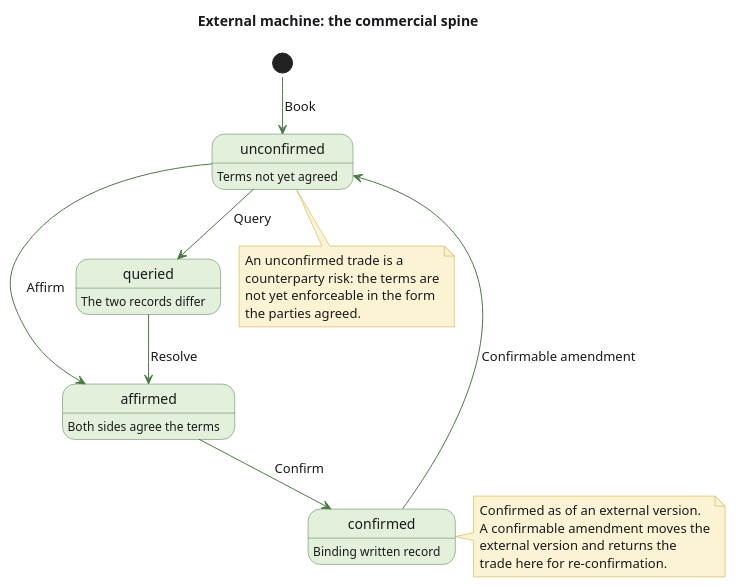
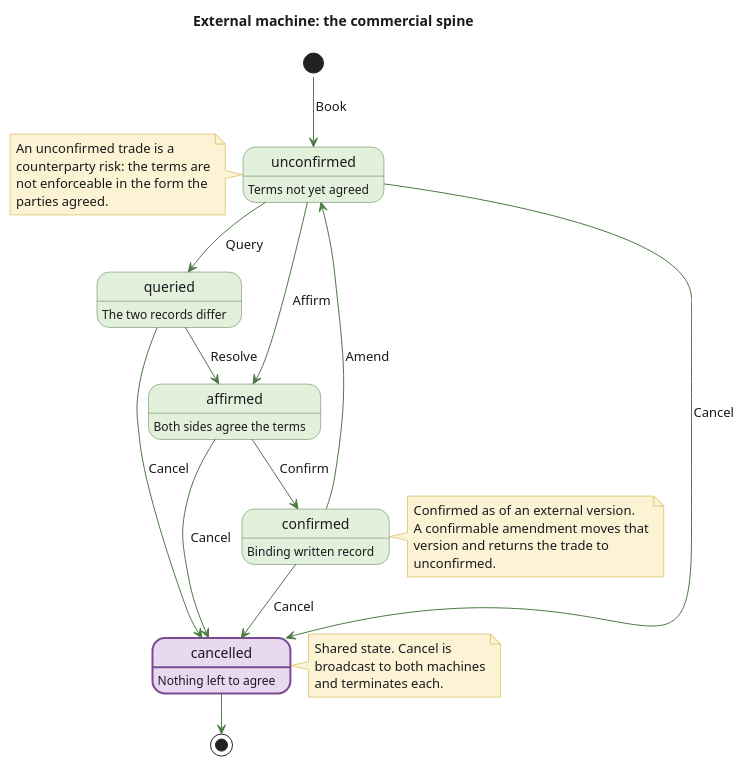
The diagram in doc/knowledge/domain/trade_lifecycle_external.puml (OreStudio/OreStudio), drawn with PlantUML before and after one commit. The commit also changed 5 other files, not shown here.

```diff
--- a/doc/knowledge/domain/trade_lifecycle_external.puml
+++ b/doc/knowledge/domain/trade_lifecycle_external.puml
@@ -18,55 +18,68 @@
 @startuml
 !pragma layout smetana
 
 title External machine: the commercial spine
 
 skinparam state {
     BackgroundColor #E3F0DC
     BorderColor #4C7A44
     FontColor #1A1A1E
     AttributeFontColor #3A3A3E
     ArrowColor #4C7A44
     ArrowFontColor #1A1A1E
     StartColor #4C7A44
     EndColor #4C7A44
 }
 skinparam note {
     BackgroundColor #FBF3D3
     BorderColor #C9A227
     FontColor #1A1A1E
 }
 skinparam BackgroundColor white
 skinparam DefaultFontColor #1A1A1E
 
 state "unconfirmed" as Unconfirmed
+state "queried" as Queried
 state "affirmed" as Affirmed
-state "queried" as Queried
 state "confirmed" as Confirmed
+state "cancelled" as Cancelled #E8D9F0 ##[bold]7A4B93
 
 Unconfirmed : Terms not yet agreed
+Queried : The two records differ
 Affirmed : Both sides agree the terms
-Queried : The two records differ
 Confirmed : Binding written record
+Cancelled : Nothing left to agree
 
 [*] --> Unconfirmed : Book
 Unconfirmed --> Affirmed : Affirm
 Unconfirmed --> Queried : Query
 Queried --> Affirmed : Resolve
 Affirmed --> Confirmed : Confirm
-Confirmed --> Unconfirmed : Confirmable amendment
+Confirmed --> Unconfirmed : Amend
+Unconfirmed --> Cancelled : Cancel
+Queried --> Cancelled : Cancel
+Affirmed --> Cancelled : Cancel
+Confirmed --> Cancelled : Cancel
+Cancelled --> [*]
 
 note right of Confirmed
   Confirmed as of an external version.
-  A confirmable amendment moves the
-  external version and returns the
-  trade here for re-confirmation.
+  A confirmable amendment moves that
+  version and returns the trade to
+  unconfirmed.
 end note
 
-note bottom of Unconfirmed
+note left of Unconfirmed
   An unconfirmed trade is a
   counterparty risk: the terms are
-  not yet enforceable in the form
-  the parties agreed.
+  not enforceable in the form the
+  parties agreed.
+end note
+
+note right of Cancelled
+  Shared state. Cancel is
+  broadcast to both machines
+  and terminates each.
 end note
 
 @enduml
```
